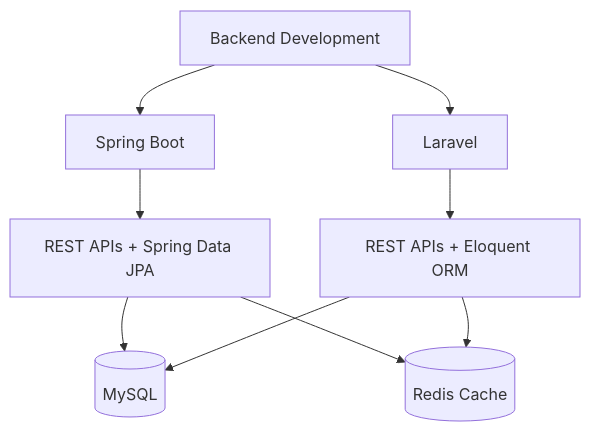
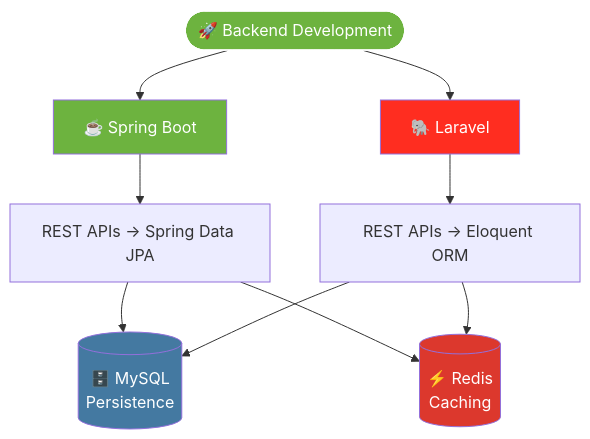
Before and after one commit to sanishil/sanishil: the first of 2 diagrams in README.md, drawn with Mermaid. The commit also changed other lines of this file, not shown here.

````diff
--- a/README.md
+++ b/README.md
@@ -58,11 +83,16 @@
 ```mermaid
 flowchart TD
-    A[Backend Development] --> B[Spring Boot]
-    A --> C[Laravel]
-    B --> B1[REST APIs + Spring Data JPA]
-    C --> C1[REST APIs + Eloquent ORM]
-    B1 --> D[(MySQL)]
+    A(["🚀 Backend Development"]) --> B["☕ Spring Boot"]
+    A --> C["🐘 Laravel"]
+    B --> B1["REST APIs → Spring Data JPA"]
+    C --> C1["REST APIs → Eloquent ORM"]
+    B1 --> D[("🗄️ MySQL<br/>Persistence")]
     C1 --> D
-    B1 --> E[(Redis Cache)]
+    B1 --> E[("⚡ Redis<br/>Caching")]
     C1 --> E
+    style A fill:#6DB33F,color:#fff,stroke:#fff
+    style B fill:#6DB33F,color:#fff
+    style C fill:#FF2D20,color:#fff
+    style D fill:#4479A1,color:#fff
+    style E fill:#DC382D,color:#fff
 ```
````
